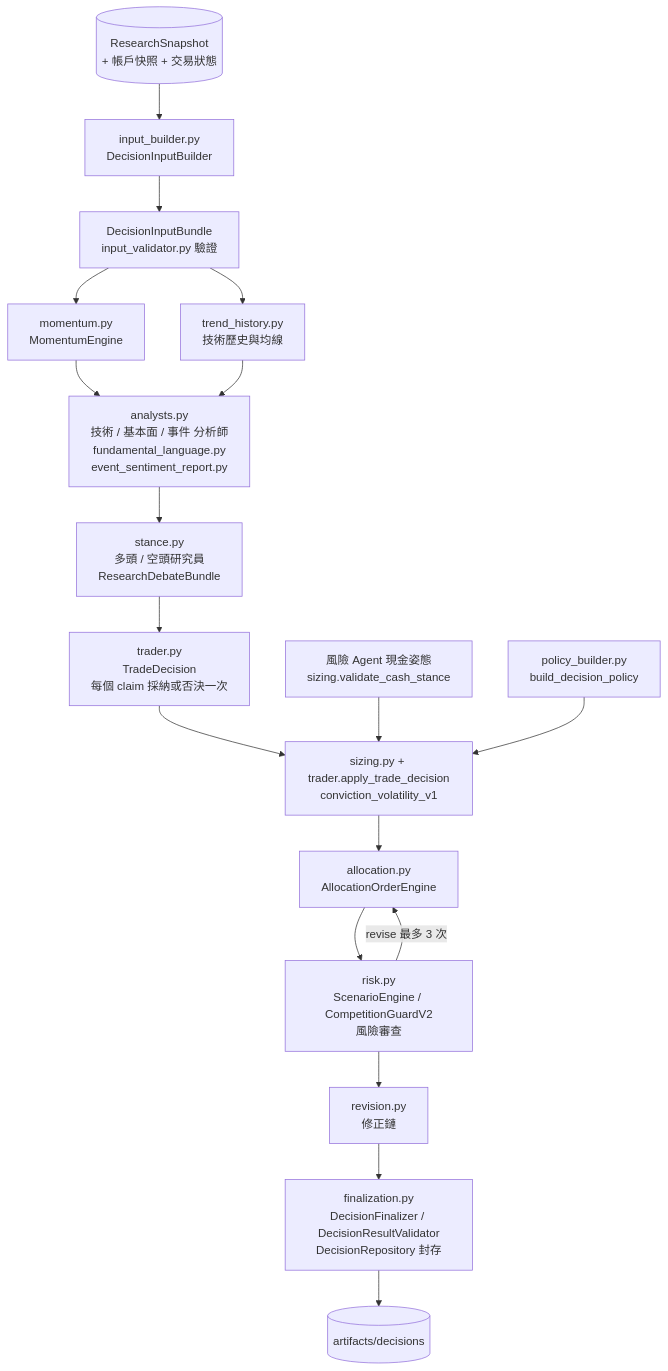
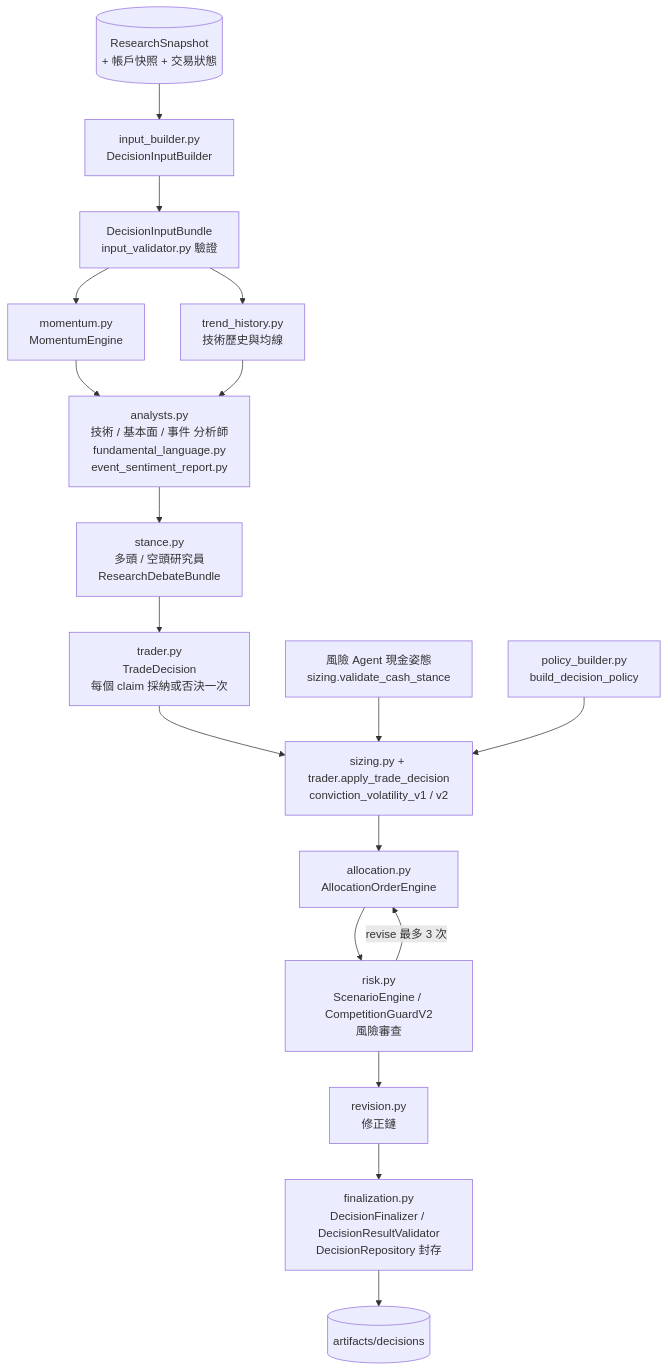
Before and after one commit to zxcvb8885123/ETF-AGENTS: the diagram in src/etf_agent/decision/README.md, drawn with Mermaid. The commit also changed other lines of this file and 35 other files, not shown here.

````diff
--- a/src/etf_agent/decision/README.md
+++ b/src/etf_agent/decision/README.md
@@ -7,20 +7,20 @@
 ```mermaid
 flowchart TD
     SNAP[(ResearchSnapshot<br/>+ 帳戶快照 + 交易狀態)] --> IB[input_builder.py<br/>DecisionInputBuilder]
     IB --> BUNDLE[DecisionInputBundle<br/>input_validator.py 驗證]
     BUNDLE --> MOM[momentum.py<br/>MomentumEngine]
     BUNDLE --> TH[trend_history.py<br/>技術歷史與均線]
     MOM --> AN
     TH --> AN
     AN[analysts.py<br/>技術 / 基本面 / 事件 分析師<br/>fundamental_language.py<br/>event_sentiment_report.py] --> ST
     ST[stance.py<br/>多頭 / 空頭研究員<br/>ResearchDebateBundle] --> TR
     TR[trader.py<br/>TradeDecision<br/>每個 claim 採納或否決一次] --> SZ
     CASH[風險 Agent 現金姿態<br/>sizing.validate_cash_stance] --> SZ
     PB[policy_builder.py<br/>build_decision_policy] --> SZ
-    SZ[sizing.py + trader.apply_trade_decision<br/>conviction_volatility_v1] --> AL
+    SZ[sizing.py + trader.apply_trade_decision<br/>conviction_volatility_v1 / v2] --> AL
     AL[allocation.py<br/>AllocationOrderEngine] --> RK
     RK[risk.py<br/>ScenarioEngine / CompetitionGuardV2<br/>風險審查] -- revise 最多 3 次 --> AL
     RK --> RV[revision.py<br/>修正鏈]
     RV --> FIN[finalization.py<br/>DecisionFinalizer / DecisionResultValidator<br/>DecisionRepository 封存]
     FIN --> OUT[(artifacts/decisions)]
 ```
````
